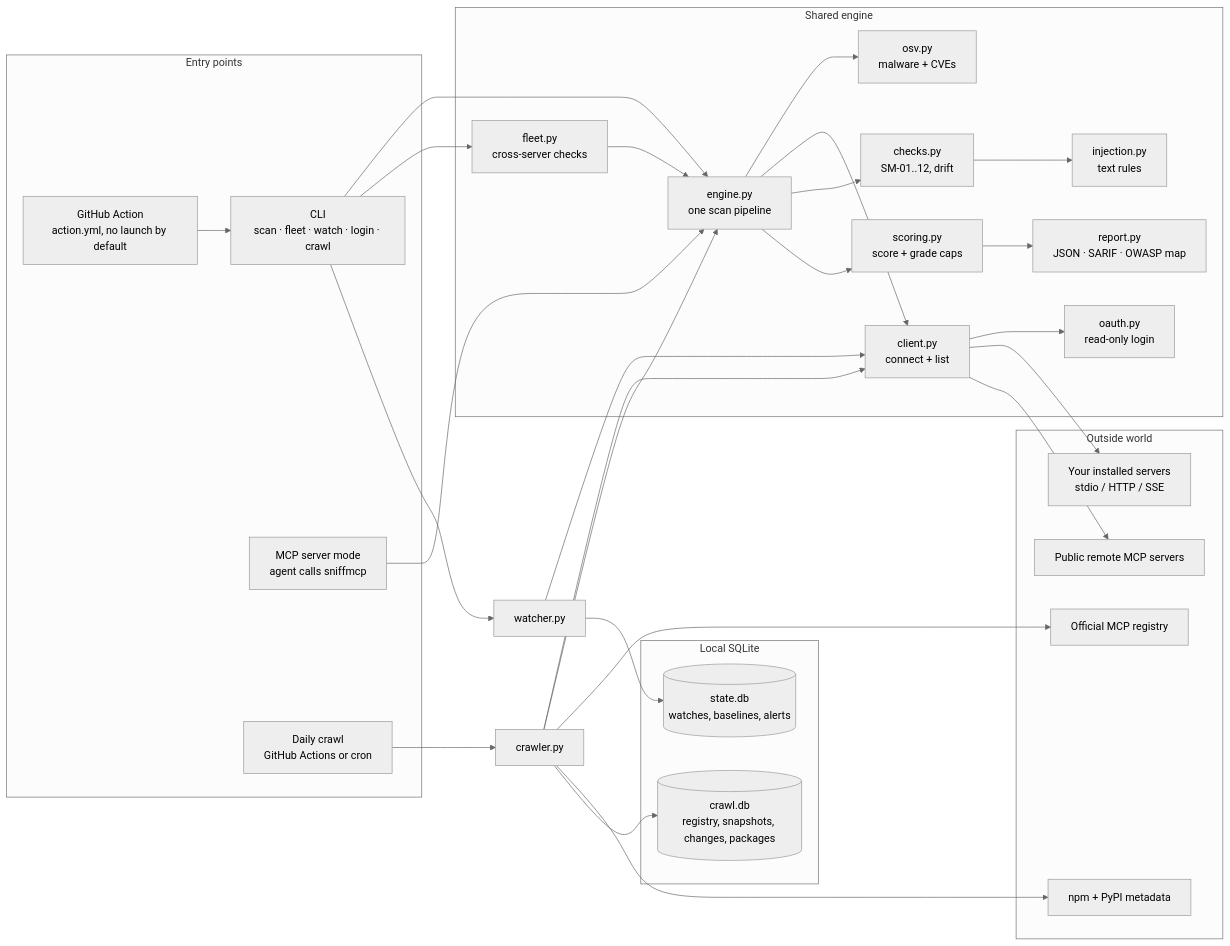
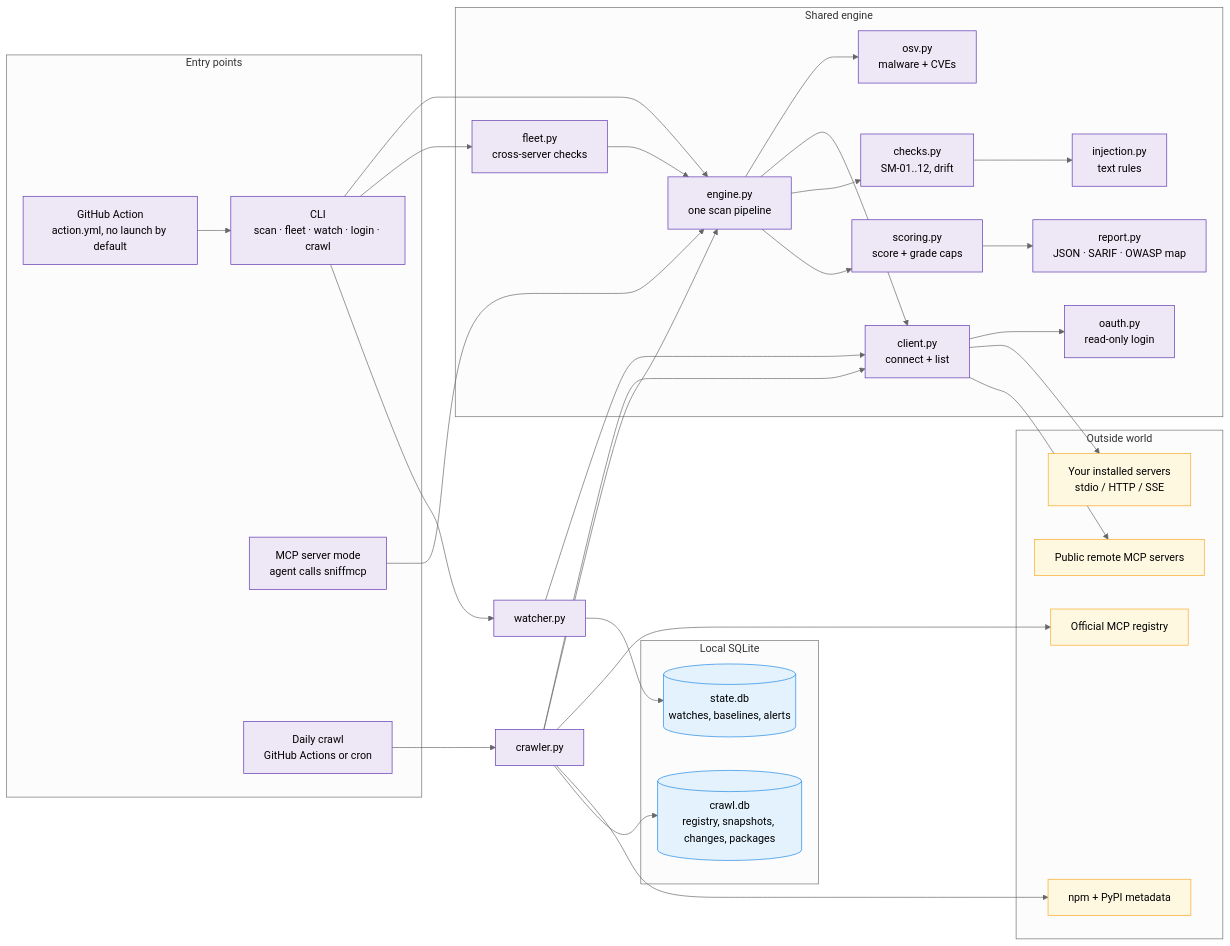
Before and after one commit to SomehowLiving/sniffmcp: the first of 8 diagrams in ARCHITECTURE.md, drawn with Mermaid (neutral theme). The commit also changed other lines of this file and 3 other files, not shown here.

Commit message:
Docs: 'Why SniffMCP' product page (MCP trust model, tool poisoning, shadowing, rug pull, defence in depth, honest limits; quotes verified against OWASP/Microsoft/ACL); colour-coded architecture diagrams

````diff
--- a/ARCHITECTURE.md
+++ b/ARCHITECTURE.md
@@ -9,51 +11,61 @@
 ```mermaid
 flowchart LR
     subgraph Entry["Entry points"]
         CLI["CLI<br/>scan · fleet · watch · login · crawl"]
         ACT["GitHub Action<br/>action.yml, no launch by default"]
         SRV["MCP server mode<br/>agent calls sniffmcp"]
         CRON["Daily crawl<br/>GitHub Actions or cron"]
     end
 
     subgraph Core["Shared engine"]
         CLIENT["client.py<br/>connect + list"]
         OAUTH["oauth.py<br/>read-only login"]
         OSV["osv.py<br/>malware + CVEs"]
         FLEET["fleet.py<br/>cross-server checks"]
         ENGINE["engine.py<br/>one scan pipeline"]
         CHECKS["checks.py<br/>SM-01..12, drift"]
         INJ["injection.py<br/>text rules"]
         SCORE["scoring.py<br/>score + grade caps"]
         REPORT["report.py<br/>JSON · SARIF · OWASP map"]
     end
 
     subgraph Stores["Local SQLite"]
         STATE[("state.db<br/>watches, baselines, alerts")]
         CRAWL[("crawl.db<br/>registry, snapshots, changes, packages")]
     end
 
     subgraph Outside["Outside world"]
         LOCAL["Your installed servers<br/>stdio / HTTP / SSE"]
         REG["Official MCP registry"]
         PUB["Public remote MCP servers"]
         NPM["npm + PyPI metadata"]
     end
 
     CLI --> ENGINE
     ACT --> CLI
     SRV --> ENGINE
     CLI --> FLEET --> ENGINE
     ENGINE --> OSV
     CLIENT --> OAUTH
     CRON --> CRAWLER["crawler.py"]
     ENGINE --> CLIENT --> LOCAL
     ENGINE --> CHECKS --> INJ
     ENGINE --> SCORE --> REPORT
     CLI --> WATCH["watcher.py"] --> STATE
     WATCH --> CLIENT
     CRAWLER --> REG
     CRAWLER --> CLIENT --> PUB
     CRAWLER --> NPM
     CRAWLER --> ENGINE
     CRAWLER --> CRAWL
+
+    classDef sniff fill:#ede7f6,stroke:#5e35b1
+    classDef bad fill:#ffebee,stroke:#e53935
+    classDef ok fill:#e8f5e9,stroke:#43a047
+    classDef muted fill:#eceff1,stroke:#90a4ae,color:#455a64
+    classDef ext fill:#fff8e1,stroke:#f9a825
+    classDef store fill:#e3f2fd,stroke:#1e88e5
+    class CLI,ACT,SRV,CRON,ENGINE,CHECKS,INJ,SCORE,REPORT,CLIENT,OAUTH,OSV,FLEET,WATCH,CRAWLER sniff
+    class STATE,CRAWL store
+    class LOCAL,REG,PUB,NPM ext
 ```
````
